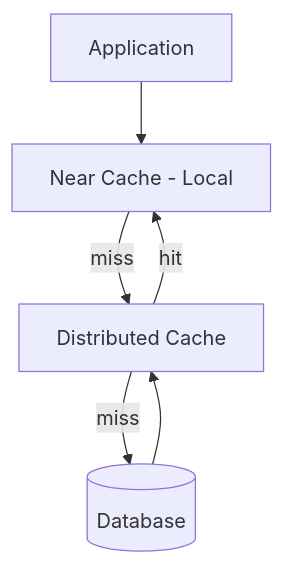
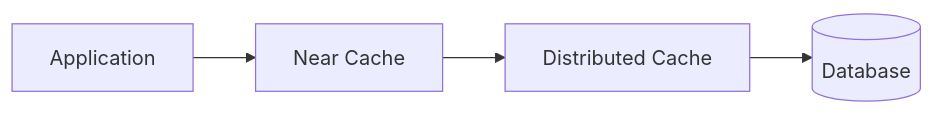
One commit to hareramcse/SystemDesign changed diagram 12 of 21 in 03-caching/README.md. Above: the diagram before and after it, drawn with Mermaid. The commit also changed other lines of this file, not shown here.

````diff
--- a/03-caching/README.md
+++ b/03-caching/README.md
@@ -501,8 +444,4 @@
 ```mermaid
-flowchart TB
-    App[Application] --> L1[Near Cache - Local]
-    L1 -->|miss| L2[Distributed Cache]
-    L2 -->|miss| DB[(Database)]
-    L2 -->|hit| L1
-    DB --> L2
+flowchart LR
+    App[Application] --> L1[Near Cache] --> L2[Distributed Cache] --> DB[(Database)]
 ```
````
